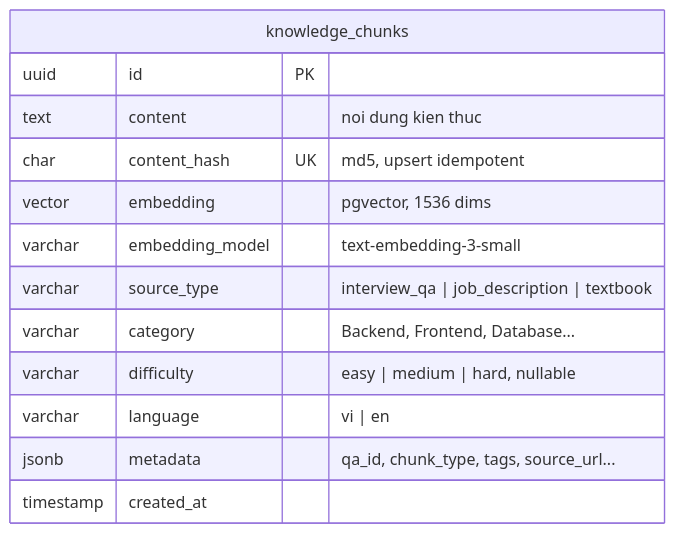
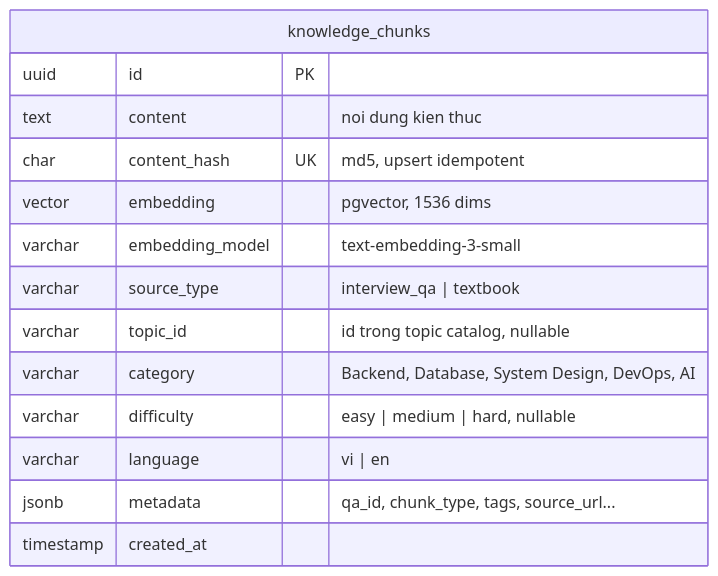
One commit to minhtuann1102/ai-recruitment-platform changed the fifth of 5 diagrams in docs/architecture/data-model.md. Above: the diagram before and after it, drawn with Mermaid. The commit also changed other lines of this file and 15 other files, not shown here.

Commit message:
feat(ai-service): replace JD with per-position topic catalog (java, python, nodejs, ai)

````diff
--- a/docs/architecture/data-model.md
+++ b/docs/architecture/data-model.md
@@ -264,16 +264,17 @@
 ```mermaid
 erDiagram
     knowledge_chunks {
         uuid id PK
         text content "noi dung kien thuc"
         char content_hash UK "md5, upsert idempotent"
         vector embedding "pgvector, 1536 dims"
         varchar embedding_model "text-embedding-3-small"
-        varchar source_type "interview_qa | job_description | textbook"
-        varchar category "Backend, Frontend, Database..."
+        varchar source_type "interview_qa | textbook"
+        varchar topic_id "id trong topic catalog, nullable"
+        varchar category "Backend, Database, System Design, DevOps, AI"
         varchar difficulty "easy | medium | hard, nullable"
         varchar language "vi | en"
         jsonb metadata "qa_id, chunk_type, tags, source_url..."
         timestamp created_at
     }
 ```
````
